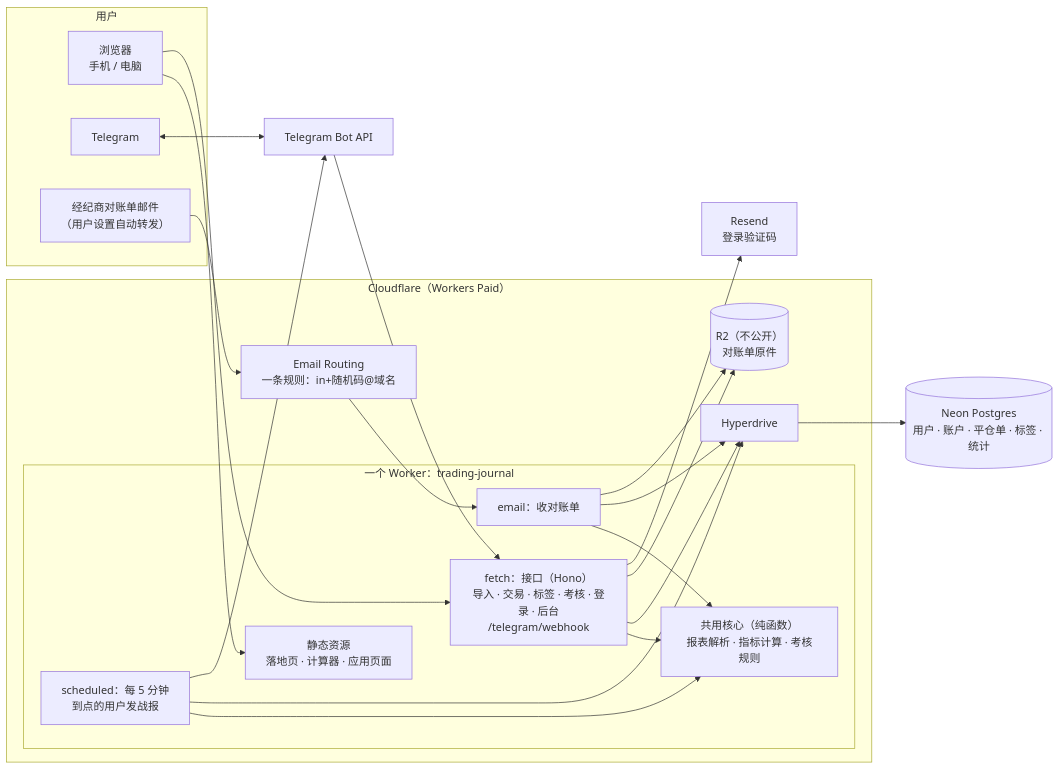
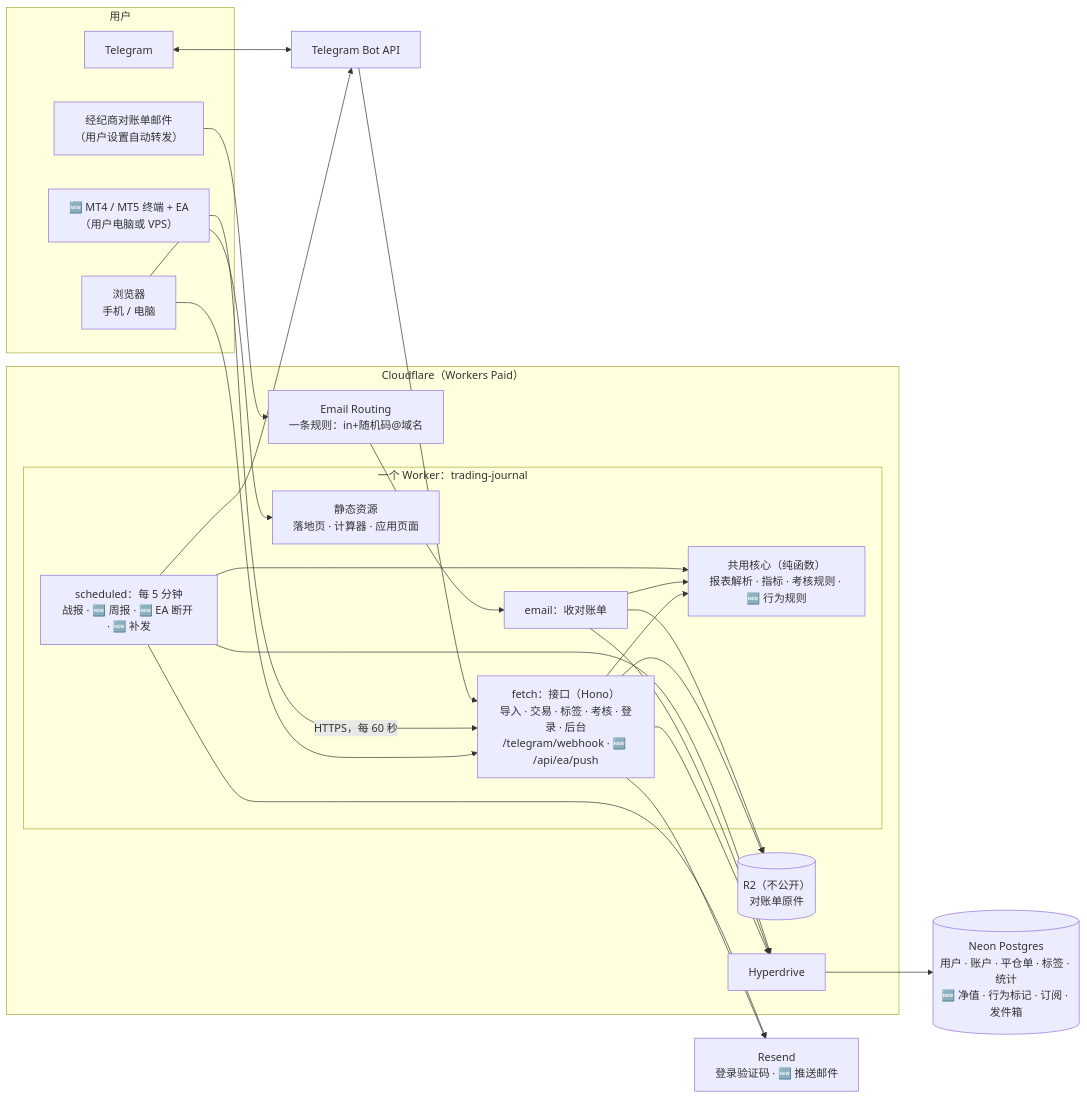
One commit to dollar3651314/trading-journal changed the second of 7 diagrams in 00-架构方案.md. Above: the diagram before and after it, drawn with Mermaid. The commit also changed other lines of this file and 4 other files, not shown here.

First line of the commit message:
架构方案 v1.1：EA 接收接口、行为规则、推送发件箱（Telegram + 邮件）、每周复盘和 EA 断开检测；新增效果图 2 张；需求说明书 v1.2 标记 Amos 已确认

````diff
--- a/00-架构方案.md
+++ b/00-架构方案.md
@@ -17,40 +57,43 @@
 ```mermaid
 flowchart LR
     subgraph USER["用户"]
         B["浏览器<br/>手机 / 电脑"]
         TGU["Telegram"]
         MAIL["经纪商对账单邮件<br/>（用户设置自动转发）"]
+        MT["🆕 MT4 / MT5 终端 + EA<br/>（用户电脑或 VPS）"]
     end
     subgraph CF["Cloudflare（Workers Paid）"]
         ER["Email Routing<br/>一条规则：in+随机码@域名"]
         subgraph W["一个 Worker：trading-journal"]
             ST["静态资源<br/>落地页 · 计算器 · 应用页面"]
-            F["fetch：接口（Hono）<br/>导入 · 交易 · 标签 · 考核 · 登录 · 后台<br/>/telegram/webhook"]
+            F["fetch：接口（Hono）<br/>导入 · 交易 · 标签 · 考核 · 登录 · 后台<br/>/telegram/webhook · 🆕 /api/ea/push"]
             EM["email：收对账单"]
-            SC["scheduled：每 5 分钟<br/>到点的用户发战报"]
-            CORE["共用核心（纯函数）<br/>报表解析 · 指标计算 · 考核规则"]
+            SC["scheduled：每 5 分钟<br/>战报 · 🆕 周报 · 🆕 EA 断开 · 🆕 补发"]
+            CORE["共用核心（纯函数）<br/>报表解析 · 指标 · 考核规则 · 🆕 行为规则"]
         end
         HD["Hyperdrive"]
         R2[("R2（不公开）<br/>对账单原件")]
     end
-    PG[("Neon Postgres<br/>用户 · 账户 · 平仓单 · 标签 · 统计")]
-    RS["Resend<br/>登录验证码"]
+    PG[("Neon Postgres<br/>用户 · 账户 · 平仓单 · 标签 · 统计<br/>🆕 净值 · 行为标记 · 订阅 · 发件箱")]
+    RS["Resend<br/>登录验证码 · 🆕 推送邮件"]
     TGAPI["Telegram Bot API"]
 
     B --> ST
     B --> F
     MAIL --> ER --> EM
+    MT -->|"HTTPS，每 60 秒"| F
     F --> CORE
     EM --> CORE
     SC --> CORE
     F --> HD
     EM --> HD
     SC --> HD
     HD --> PG
     F --> R2
     EM --> R2
     F --> RS
     TGU <--> TGAPI
     TGAPI --> F
     SC --> TGAPI
+    SC --> RS
 ```
````
